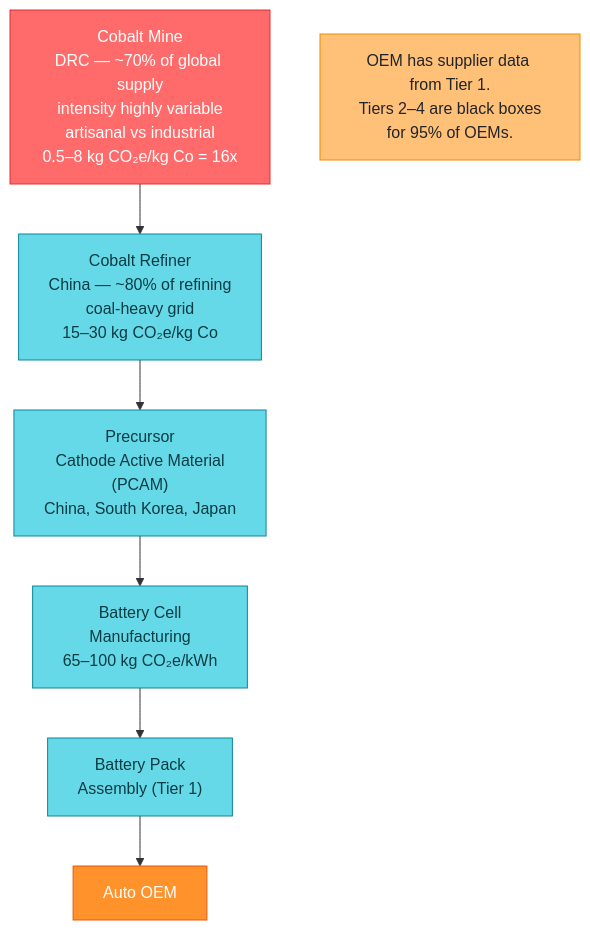
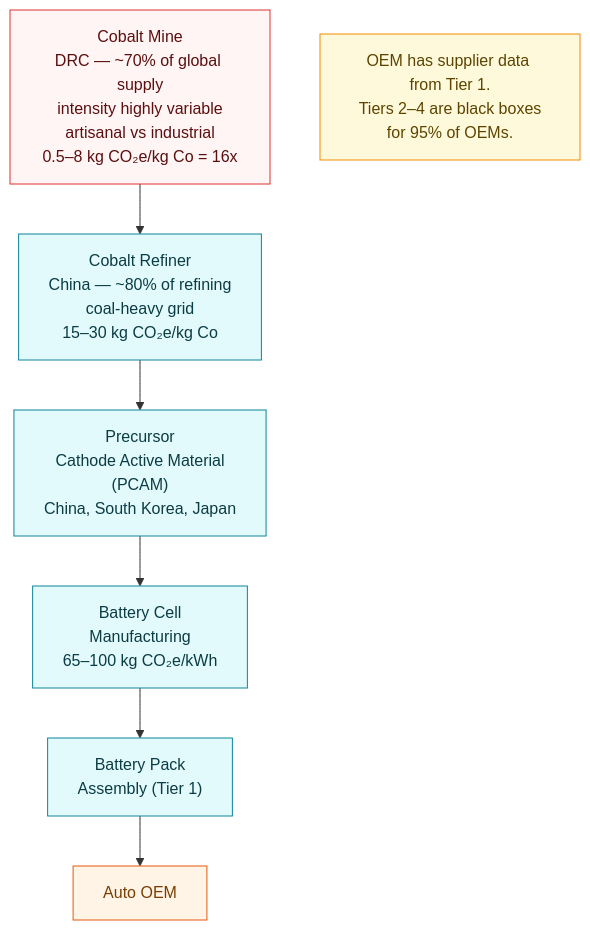
One commit to co3org/Scope3-Challenge changed the second of 9 diagrams in docs/03_industry_case_studies.md. Above: the diagram before and after it, drawn with Mermaid. The commit also changed other lines of this file and 11 other files, not shown here.

First line of the commit message:
Soft diagram palette and trim text-wall node labels

````diff
--- a/docs/03_industry_case_studies.md
+++ b/docs/03_industry_case_studies.md
@@ -107,23 +107,23 @@
 ```mermaid
     flowchart TD
-    classDef up fill:#66d9e8,stroke:#0c8599,color:#0b3c44;
-    classDef s1 fill:#ff922b,stroke:#e8590c,color:#fff;
-    classDef bad fill:#ff6b6b,stroke:#e03131,color:#fff;
-    classDef warn fill:#ffc078,stroke:#f08c00,color:#212529;
+    classDef up fill:#e3fafc,stroke:#0c8599,color:#0b3c44;
+    classDef s1 fill:#fff4e6,stroke:#e8590c,color:#7a3d00;
+    classDef bad fill:#fff5f5,stroke:#e03131,color:#5c0f0f;
+    classDef warn fill:#fff9db,stroke:#f08c00,color:#5c4400;
 
     Co["Cobalt Mine\nDRC — ~70% of global supply\nintensity highly variable\nartisanal vs industrial\n0.5–8 kg CO₂e/kg Co = 16x"]
     Ref["Cobalt Refiner\nChina — ~80% of refining\ncoal-heavy grid\n15–30 kg CO₂e/kg Co"]
     Prec["Precursor\nCathode Active Material\n(PCAM)\nChina, South Korea, Japan"]
     Cell["Battery Cell\nManufacturing\n65–100 kg CO₂e/kWh"]
     Pack["Battery Pack\nAssembly (Tier 1)"]
     OEM["Auto OEM"]
 
     Co --> Ref --> Prec --> Cell --> Pack --> OEM
 
     note["OEM has supplier data from Tier 1.\nTiers 2–4 are black boxes\nfor 95% of OEMs."]
 
     class Co bad;
     class Ref,Prec,Cell,Pack up;
     class OEM s1;
     class note warn;
 ```
````
